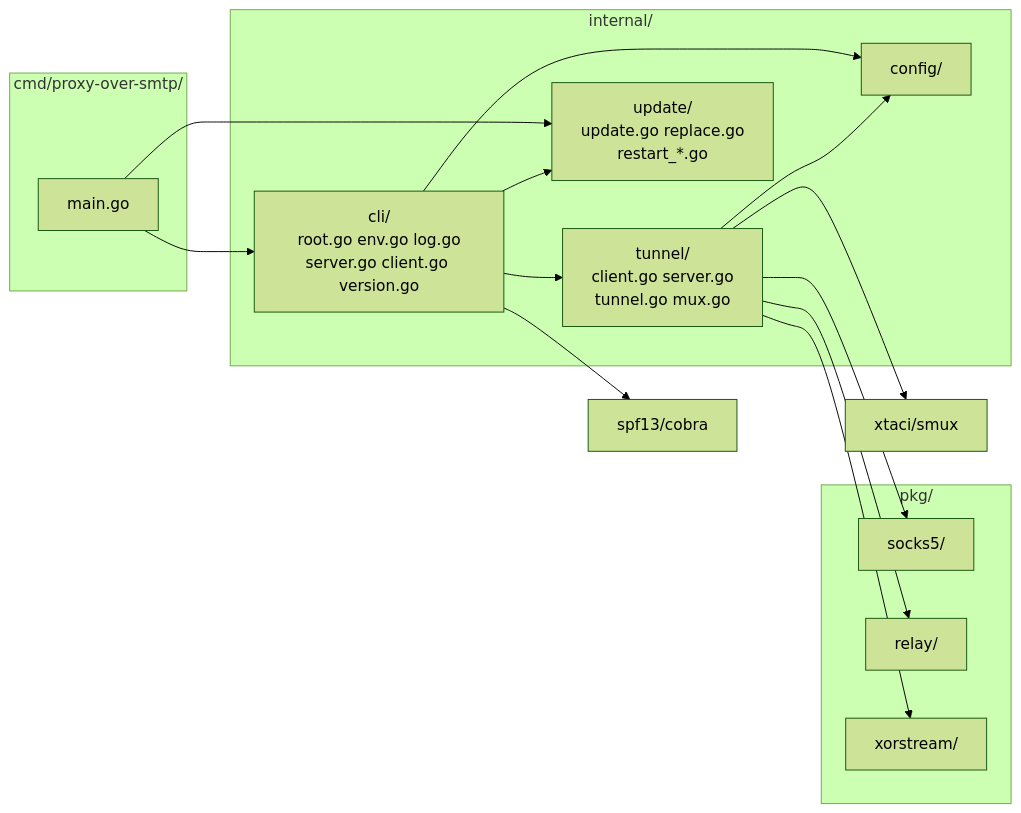
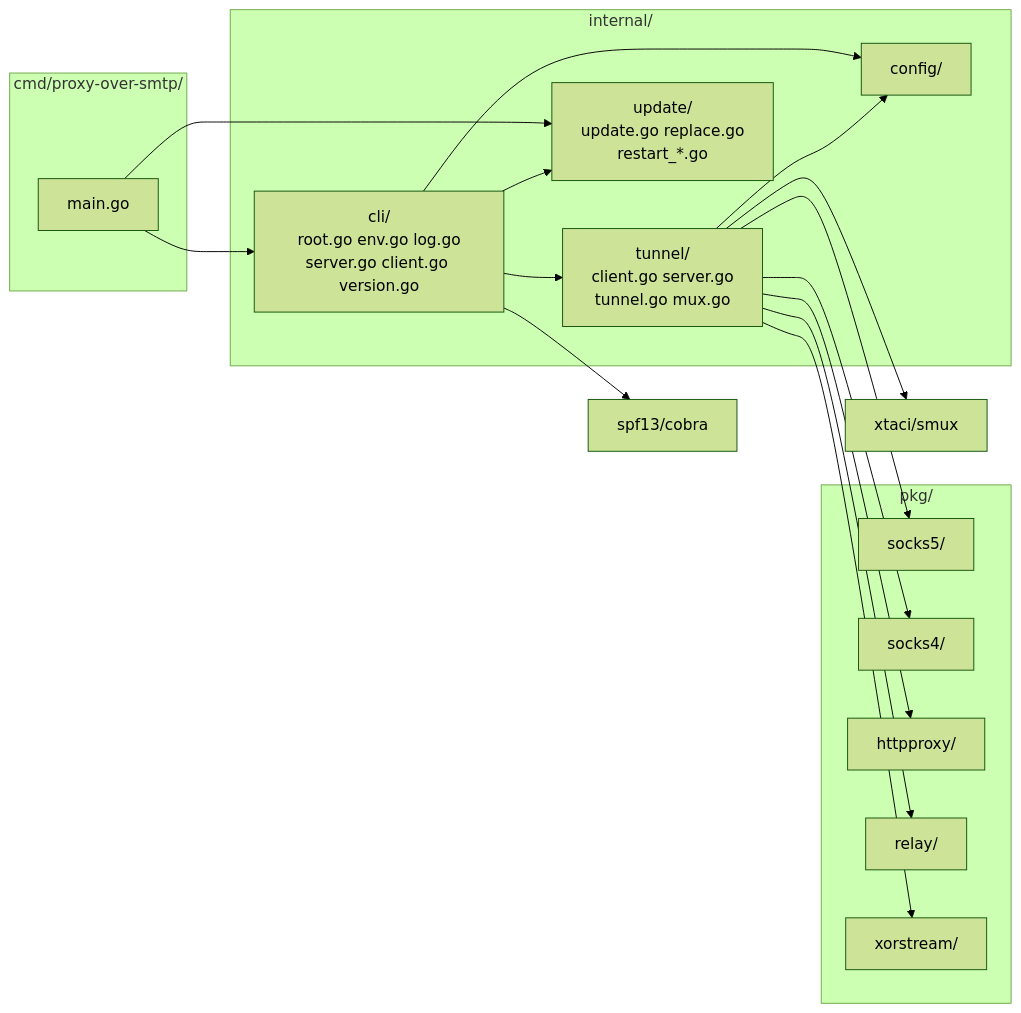
The first of 2 diagrams in docs/ARCHITECTURE.md (dimaskiddo/proxy-over-smtp), drawn with Mermaid (forest theme) before and after one commit. The commit also changed other lines of this file and 26 other files, not shown here.

````diff
--- a/docs/ARCHITECTURE.md
+++ b/docs/ARCHITECTURE.md
@@ -9,34 +9,38 @@
 ```mermaid
 graph LR
     subgraph cmd["cmd/proxy-over-smtp/"]
         Main["main.go"]
     end
 
     subgraph internal["internal/"]
         Cli["cli/<br/>root.go env.go log.go<br/>server.go client.go version.go"]
         Config["config/"]
         Tunnel["tunnel/<br/>client.go server.go<br/>tunnel.go mux.go"]
         Update["update/<br/>update.go replace.go<br/>restart_*.go"]
     end
 
     subgraph pkg["pkg/"]
         Socks5["socks5/"]
+        Socks4["socks4/"]
+        HTTPProxy["httpproxy/"]
         Relay["relay/"]
         Xor["xorstream/"]
     end
 
     Smux["xtaci/smux"]
     Cobra["spf13/cobra"]
 
     Main --> Cli
     Main --> Update
     Cli --> Update
     Cli --> Config
     Cli --> Tunnel
     Tunnel --> Config
     Tunnel --> Socks5
+    Tunnel --> Socks4
+    Tunnel --> HTTPProxy
     Tunnel --> Relay
     Tunnel --> Xor
     Tunnel --> Smux
     Cli --> Cobra
 ```
````
